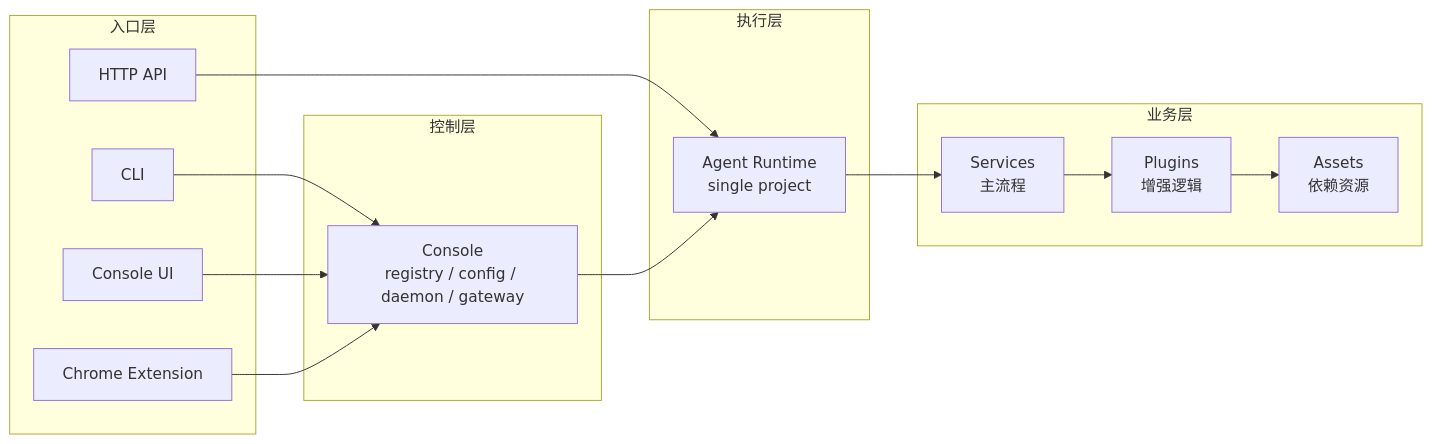
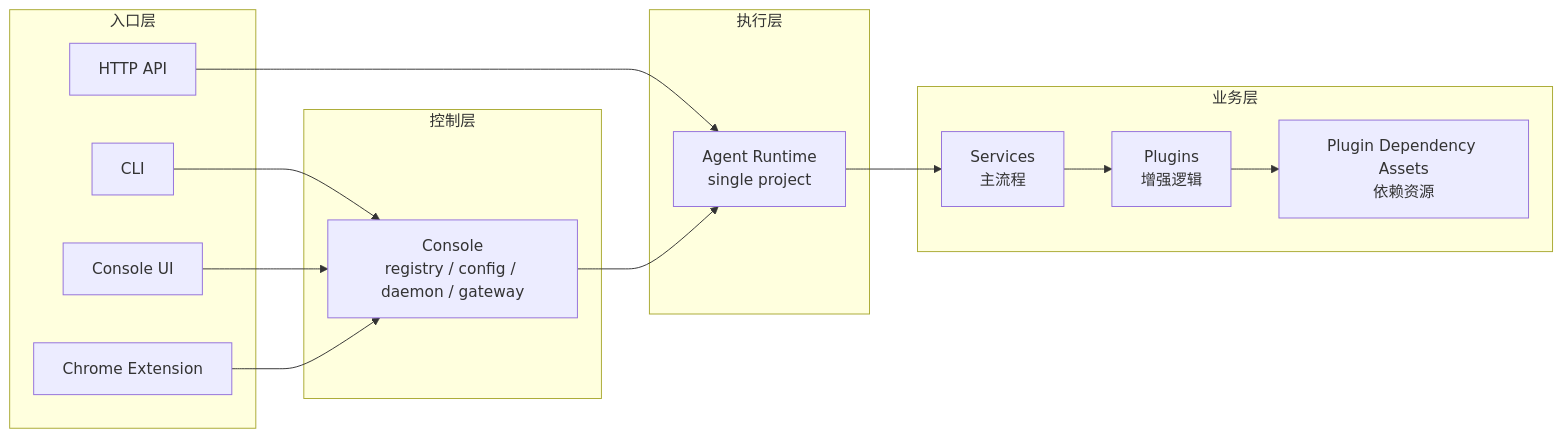
The first of 6 diagrams in homepage/content/devdocs/zh/package/runtime-and-services.mdx (wangenius/downcity), drawn with Mermaid before and after one commit. The commit also changed other lines of this file and 248 other files, not shown here.

````diff
--- a/homepage/content/devdocs/zh/package/runtime-and-services.mdx
+++ b/homepage/content/devdocs/zh/package/runtime-and-services.mdx
@@ -35,32 +41,32 @@
 ```mermaid
 flowchart LR
   subgraph Entry["入口层"]
     CLI["CLI"]
     UI["Console UI"]
     EXT["Chrome Extension"]
     API["HTTP API"]
   end
 
   subgraph Control["控制层"]
     CONSOLE["Console<br/>registry / config / daemon / gateway"]
   end
 
   subgraph Runtime["执行层"]
     AGENT["Agent Runtime<br/>single project"]
   end
 
   subgraph Business["业务层"]
     SERVICES["Services<br/>主流程"]
     PLUGINS["Plugins<br/>增强逻辑"]
-    ASSETS["Assets<br/>依赖资源"]
+    ASSETS["Plugin Dependency Assets<br/>依赖资源"]
   end
 
   CLI --> CONSOLE
   UI --> CONSOLE
   EXT --> CONSOLE
   API --> AGENT
   CONSOLE --> AGENT
   AGENT --> SERVICES
   SERVICES --> PLUGINS
   PLUGINS --> ASSETS
 ```
````
